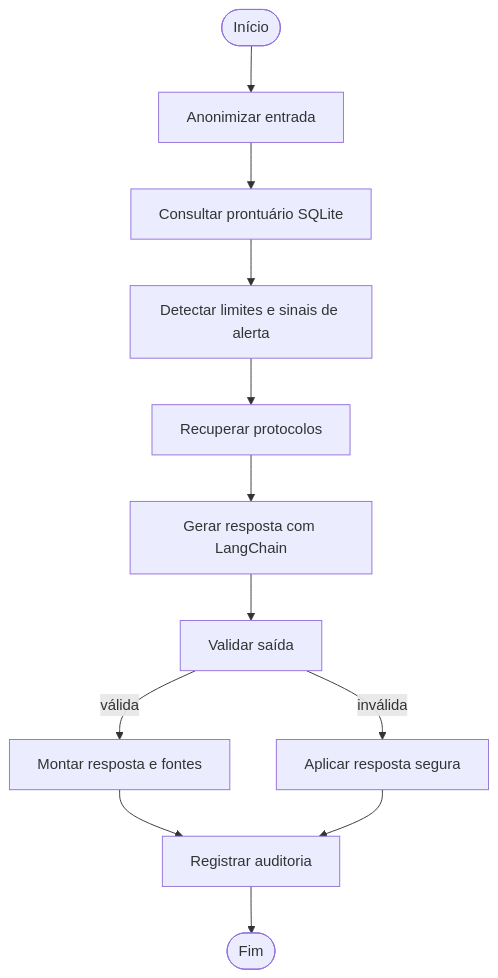
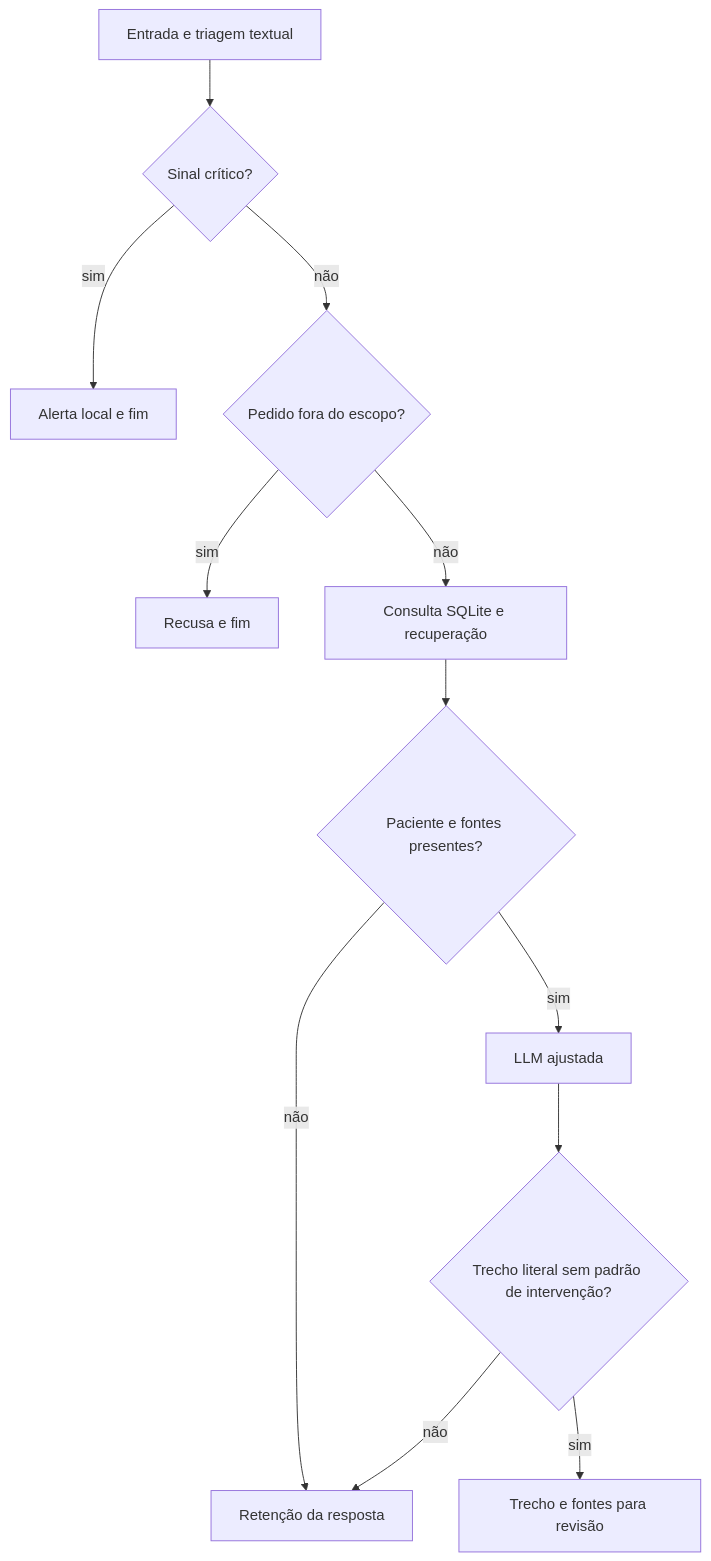
The diagram in docs/relatorio_tecnico.md (FIAP94-9IADT/tech_challenge_3), drawn with Mermaid before and after one commit. The commit also changed other lines of this file and 39 other files, not shown here.

````diff
--- a/docs/relatorio_tecnico.md
+++ b/docs/relatorio_tecnico.md
@@ -91,14 +105,14 @@
 ```mermaid
 flowchart TD
-    A([Início]) --> B[Anonimizar entrada]
-    B --> C[Consultar prontuário SQLite]
-    C --> D[Detectar limites e sinais de alerta]
-    D --> E[Recuperar protocolos]
-    E --> F[Gerar resposta com LangChain]
-    F --> G[Validar saída]
-    G -->|válida| H[Montar resposta e fontes]
-    G -->|inválida| I[Aplicar resposta segura]
-    H --> J[Registrar auditoria]
-    I --> J
-    J --> K([Fim])
+    A[Entrada e triagem textual] --> B{Sinal crítico?}
+    B -->|sim| C[Alerta local e fim]
+    B -->|não| D{Pedido fora do escopo?}
+    D -->|sim| E[Recusa e fim]
+    D -->|não| F[Consulta SQLite e recuperação]
+    F --> G{Paciente e fontes presentes?}
+    G -->|não| H[Retenção da resposta]
+    G -->|sim| I[LLM ajustada]
+    I --> J{Trecho literal sem padrão de intervenção?}
+    J -->|sim| K[Trecho e fontes para revisão]
+    J -->|não| H
 ```
````
